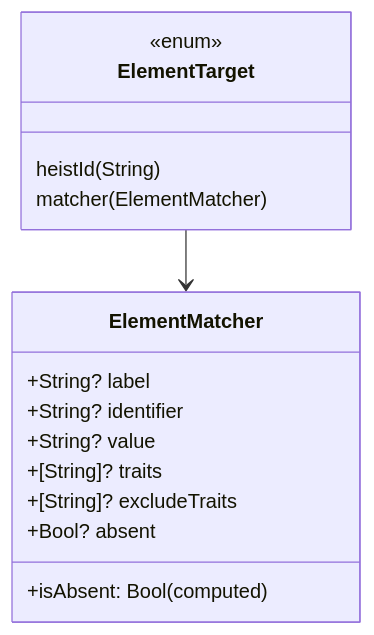
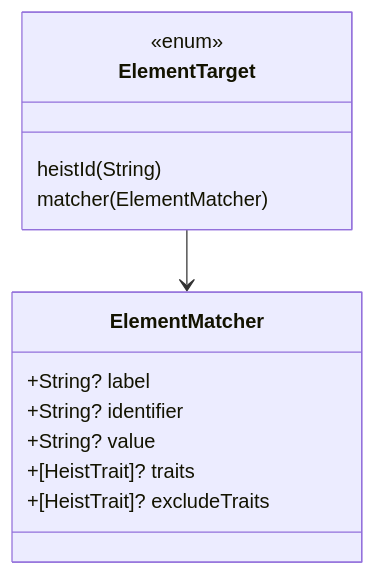
Before and after one commit to RoyalPineapple/TheButtonHeist: the fourth of 7 diagrams in docs/dossiers/01-THESCORE.md, drawn with Mermaid. The commit also changed other lines of this file and 17 other files, not shown here.

````diff
--- a/docs/dossiers/01-THESCORE.md
+++ b/docs/dossiers/01-THESCORE.md
@@ -163,20 +164,18 @@
 ```mermaid
 classDiagram
     class ElementTarget {
         <<enum>>
         heistId(String)
         matcher(ElementMatcher)
     }
 
     class ElementMatcher {
         +String? label
         +String? identifier
         +String? value
-        +[String]? traits
-        +[String]? excludeTraits
-        +Bool? absent
-        +isAbsent: Bool (computed)
+        +[HeistTrait]? traits
+        +[HeistTrait]? excludeTraits
     }
 
     ElementTarget --> ElementMatcher
 ```
````
